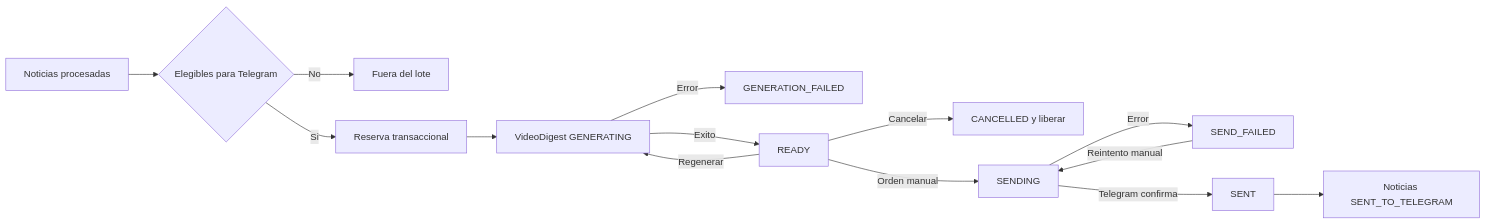
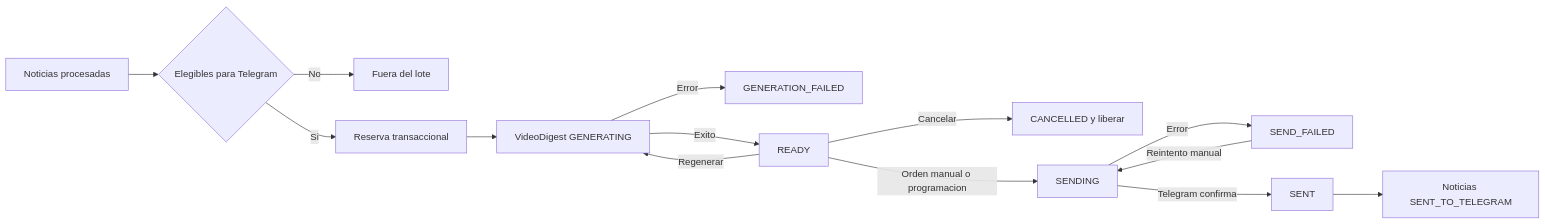
One commit to alejandrofernandez-NUXTON/RADAR-IA changed the diagram in docs/video-digests.md. Above: the diagram before and after it, drawn with Mermaid. The commit also changed other lines of this file and 21 other files, not shown here.

````diff
--- a/docs/video-digests.md
+++ b/docs/video-digests.md
@@ -19,16 +19,16 @@
 ```mermaid
 flowchart LR
     A[Noticias procesadas] --> B{Elegibles para Telegram}
     B -->|No| C[Fuera del lote]
     B -->|Si| D[Reserva transaccional]
     D --> E[VideoDigest GENERATING]
     E -->|Error| F[GENERATION_FAILED]
     E -->|Exito| G[READY]
     G -->|Regenerar| E
     G -->|Cancelar| H[CANCELLED y liberar]
-    G -->|Orden manual| I[SENDING]
+    G -->|Orden manual o programacion| I[SENDING]
     I -->|Error| J[SEND_FAILED]
     J -->|Reintento manual| I
     I -->|Telegram confirma| K[SENT]
     K --> L[Noticias SENT_TO_TELEGRAM]
 ```
````
